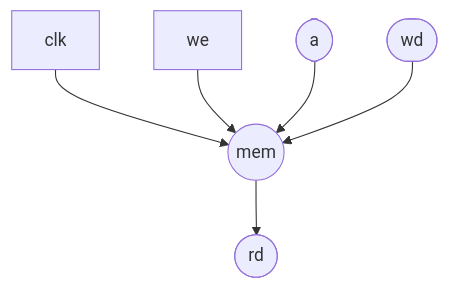
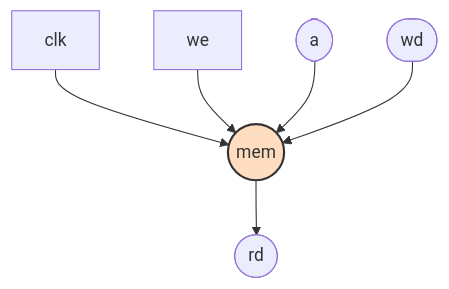
Before and after one commit to granitespinoza/arqui: the diagram in docs/module_diagrams/mem.md, drawn with Mermaid. The commit also changed 18 other files, not shown here.

Commit message:
Improve module diagrams with colors

````diff
--- a/docs/module_diagrams/mem.md
+++ b/docs/module_diagrams/mem.md
@@ -3,8 +3,11 @@
 ```mermaid
 flowchart TD
+    classDef main fill:#FFDDC1,stroke:#333,stroke-width:2px
+    classDef sub fill:#BBE1FA,stroke:#333
     clk --> mem_module((mem))
     we --> mem_module
     a([a]) --> mem_module
     wd([wd]) --> mem_module
     mem_module --> rd([rd])
+    class mem_module main
 ```
````
